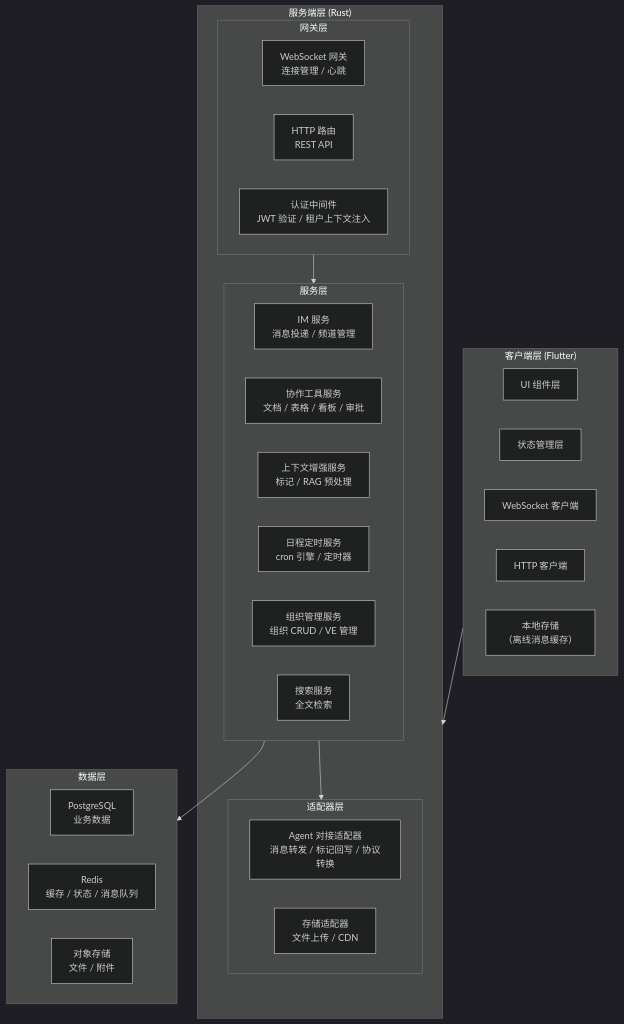
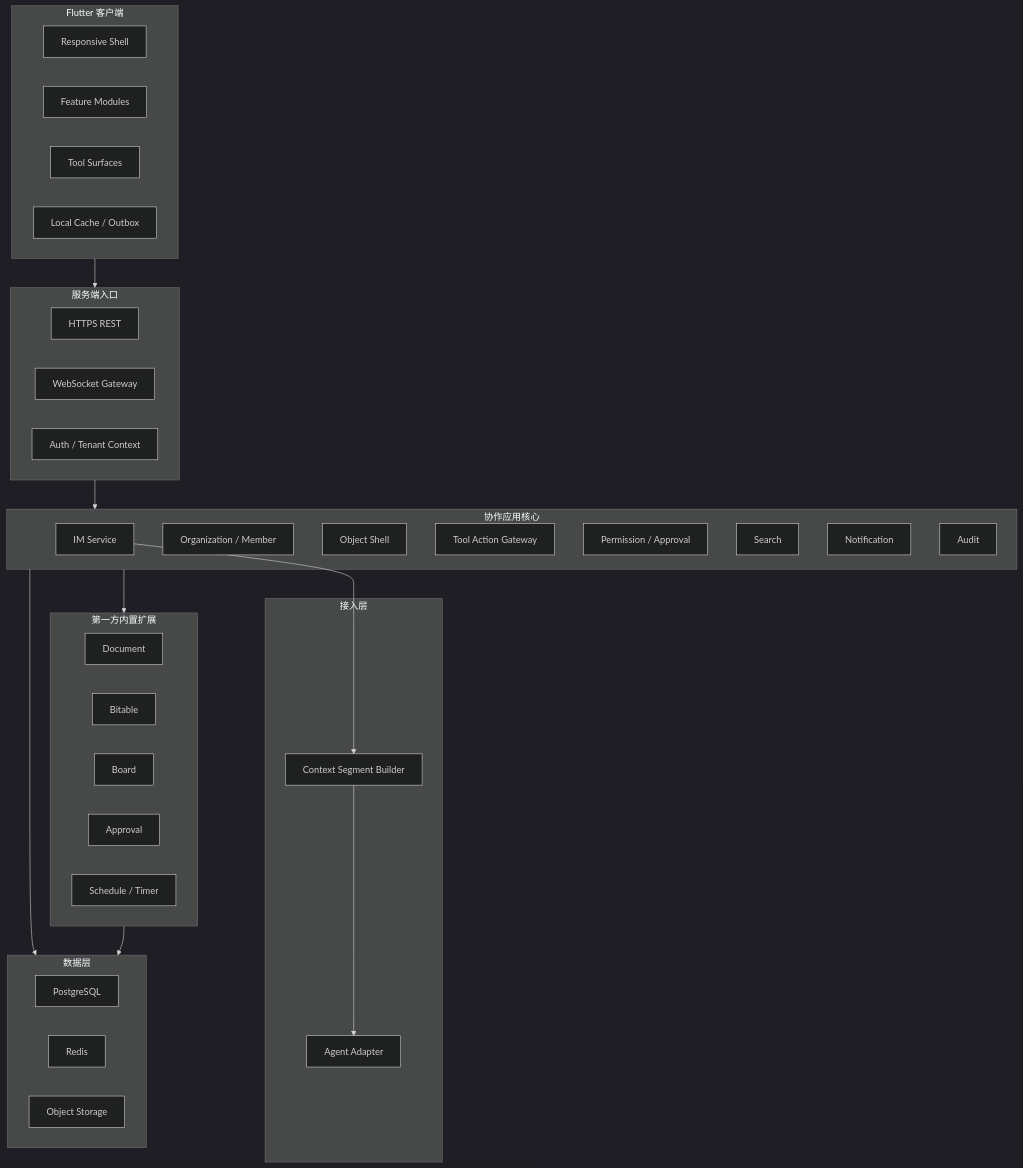
One commit to chongyi/virtual-team-architecture changed the diagram in virtual-team/src/04-collaboration-app/architecture.md. Above: the diagram before and after it, drawn with Mermaid (dark theme). The commit also changed other lines of this file and 11 other files, not shown here.

````diff
--- a/virtual-team/src/04-collaboration-app/architecture.md
+++ b/virtual-team/src/04-collaboration-app/architecture.md
@@ -20,43 +30,53 @@
 ```mermaid
 flowchart TB
-    subgraph client["客户端层 (Flutter)"]
-        ui["UI 组件层"]
-        state["状态管理层"]
-        wsClient["WebSocket 客户端"]
-        httpClient["HTTP 客户端"]
-        localDB["本地存储<br/>（离线消息缓存）"]
+    subgraph client["Flutter 客户端"]
+        shell["Responsive Shell"]
+        feature["Feature Modules"]
+        toolSurface["Tool Surfaces"]
+        local["Local Cache / Outbox"]
     end
 
-    subgraph server["服务端层 (Rust)"]
-        subgraph gateway["网关层"]
-            wsGateway["WebSocket 网关<br/>连接管理 / 心跳"]
-            httpRouter["HTTP 路由<br/>REST API"]
-            auth["认证中间件<br/>JWT 验证 / 租户上下文注入"]
-        end
+    subgraph edge["服务端入口"]
+        http["HTTPS REST"]
+        ws["WebSocket Gateway"]
+        auth["Auth / Tenant Context"]
+    end
 
-        subgraph services["服务层"]
-            imService["IM 服务<br/>消息投递 / 频道管理"]
-            collabService["协作工具服务<br/>文档 / 表格 / 看板 / 审批"]
-            contextService["上下文增强服务<br/>标记 / RAG 预处理"]
-            scheduleService["日程定时服务<br/>cron 引擎 / 定时器"]
-            orgService["组织管理服务<br/>组织 CRUD / VE 管理"]
-            searchService["搜索服务<br/>全文检索"]
-        end
+    subgraph core["协作应用核心"]
+        im["IM Service"]
+        org["Organization / Member"]
+        object["Object Shell"]
+        action["Tool Action Gateway"]
+        permission["Permission / Approval"]
+        search["Search"]
+        notification["Notification"]
+        audit["Audit"]
+    end
 
-        subgraph adapters["适配器层"]
-            agentAdapter["Agent 对接适配器<br/>消息转发 / 标记回写 / 协议转换"]
-            storageAdapter["存储适配器<br/>文件上传 / CDN"]
-        end
+    subgraph extensions["第一方内置扩展"]
+        doc["Document"]
+        bitable["Bitable"]
+        board["Board"]
+        approval["Approval"]
+        schedule["Schedule / Timer"]
+    end
+
+    subgraph integration["接入层"]
+        context["Context Segment Builder"]
+        agent["Agent Adapter"]
     end
 
     subgraph data["数据层"]
-        pg["PostgreSQL<br/>业务数据"]
-        redis["Redis<br/>缓存 / 状态 / 消息队列"]
-        s3["对象存储<br/>文件 / 附件"]
+        pg["PostgreSQL"]
+        redis["Redis"]
+        s3["Object Storage"]
     end
 
-    client --> server
-    gateway --> services
-    services --> adapters
-    services --> data
+    client --> edge
+    edge --> core
+    core --> extensions
+    im --> context
+    context --> agent
+    core --> data
+    extensions --> data
 ```
````
